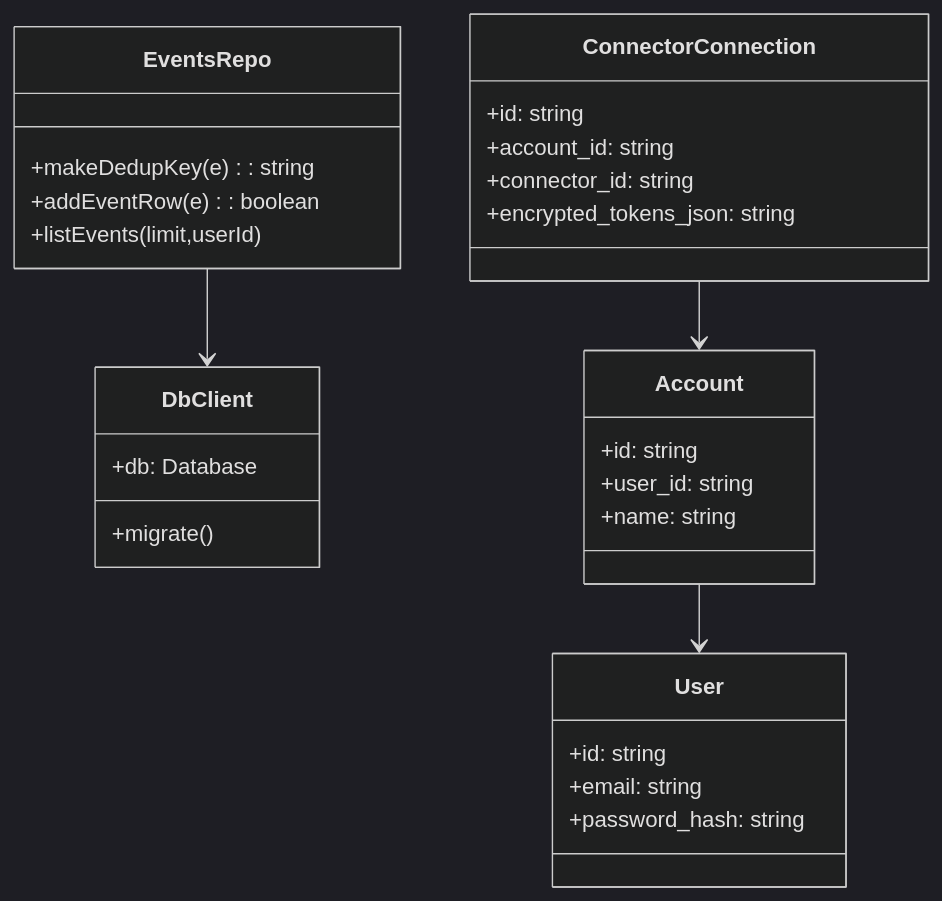
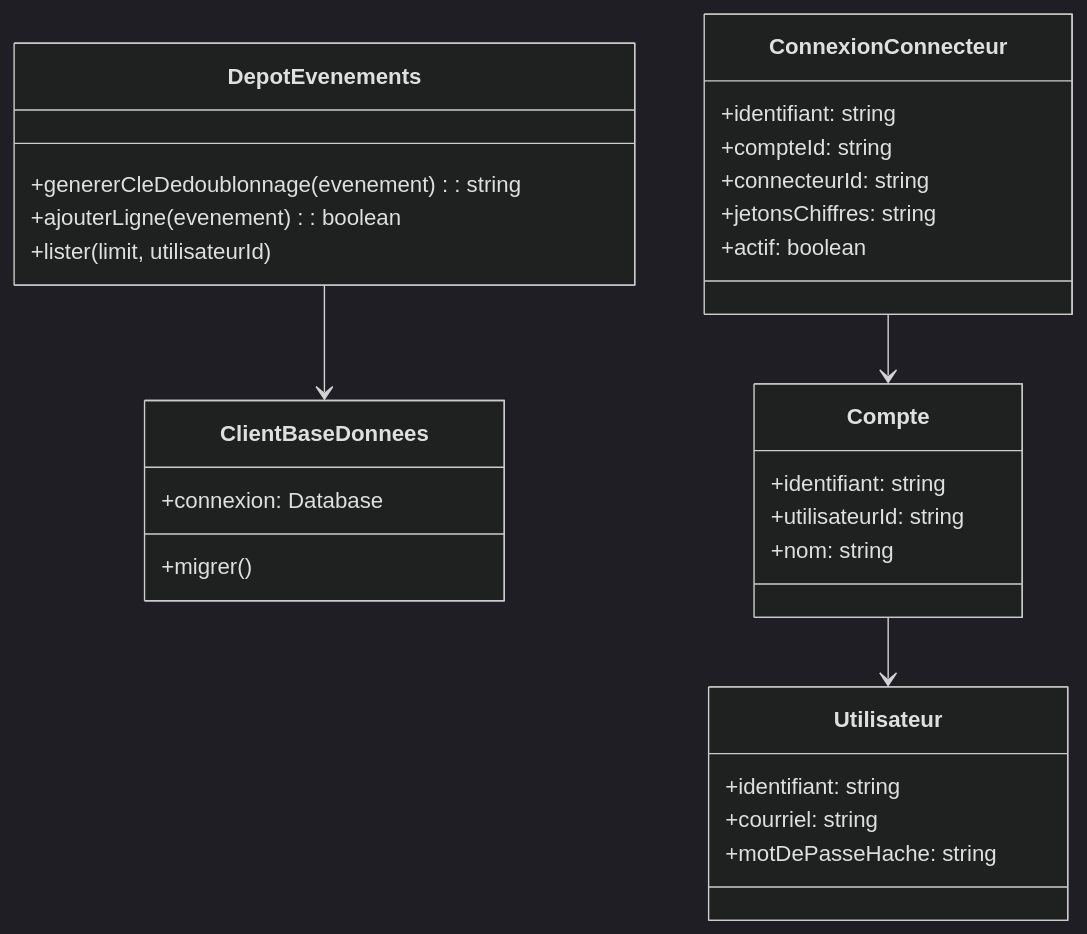
One commit to hermax2006/fil-unifie changed the fifth of 6 diagrams in DIAGRAMME_CLASSES_LEGER.md. Above: the diagram before and after it, drawn with Mermaid (dark theme). The commit also changed other lines of this file, not shown here.

Commit message:
Traduction diagramme de classes en français

````diff
--- a/DIAGRAMME_CLASSES_LEGER.md
+++ b/DIAGRAMME_CLASSES_LEGER.md
@@ -101,31 +112,32 @@
 ```mermaid
 classDiagram
-    class DbClient {
-        +db: Database
-        +migrate()
+    class ClientBaseDonnees {
+        +connexion: Database
+        +migrer()
     }
-    class EventsRepo {
-        +makeDedupKey(e): string
-        +addEventRow(e): boolean
-        +listEvents(limit,userId)
+    class DepotEvenements {
+        +genererCleDedoublonnage(evenement): string
+        +ajouterLigne(evenement): boolean
+        +lister(limit, utilisateurId)
     }
-    class User {
-        +id: string
-        +email: string
-        +password_hash: string
+    class Utilisateur {
+        +identifiant: string
+        +courriel: string
+        +motDePasseHache: string
     }
-    class Account {
-        +id: string
-        +user_id: string
-        +name: string
+    class Compte {
+        +identifiant: string
+        +utilisateurId: string
+        +nom: string
     }
-    class ConnectorConnection {
-        +id: string
-        +account_id: string
-        +connector_id: string
-        +encrypted_tokens_json: string
+    class ConnexionConnecteur {
+        +identifiant: string
+        +compteId: string
+        +connecteurId: string
+        +jetonsChiffres: string
+        +actif: boolean
     }
-    EventsRepo --> DbClient
-    Account --> User
-    ConnectorConnection --> Account
+    DepotEvenements --> ClientBaseDonnees
+    Compte --> Utilisateur
+    ConnexionConnecteur --> Compte
 ```
````
